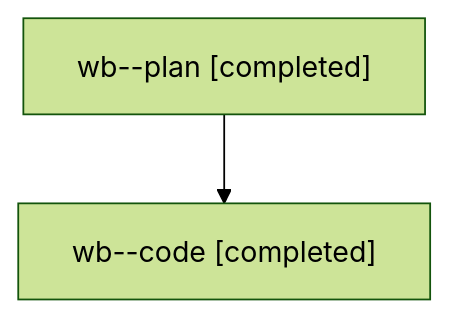
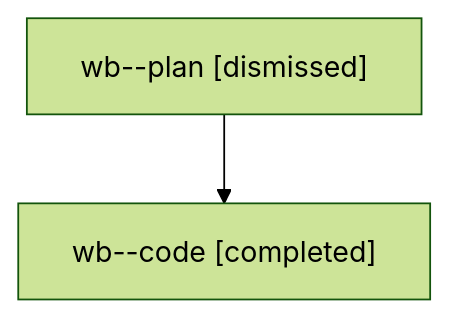
One commit to sase-org/sase--agents changed the diagram in families/bbugyi200.athena.wb.md. Above: the diagram before and after it, drawn with Mermaid (forest theme). The commit also changed other lines of this file and 1497 other files, not shown here.

````diff
--- a/families/bbugyi200.athena.wb.md
+++ b/families/bbugyi200.athena.wb.md
@@ -9,6 +9,6 @@
 ```mermaid
 flowchart TD
-  n0["wb--plan [completed]"]
+  n0["wb--plan [dismissed]"]
   n1["wb--code [completed]"]
   n0 --> n1
 ```
````
